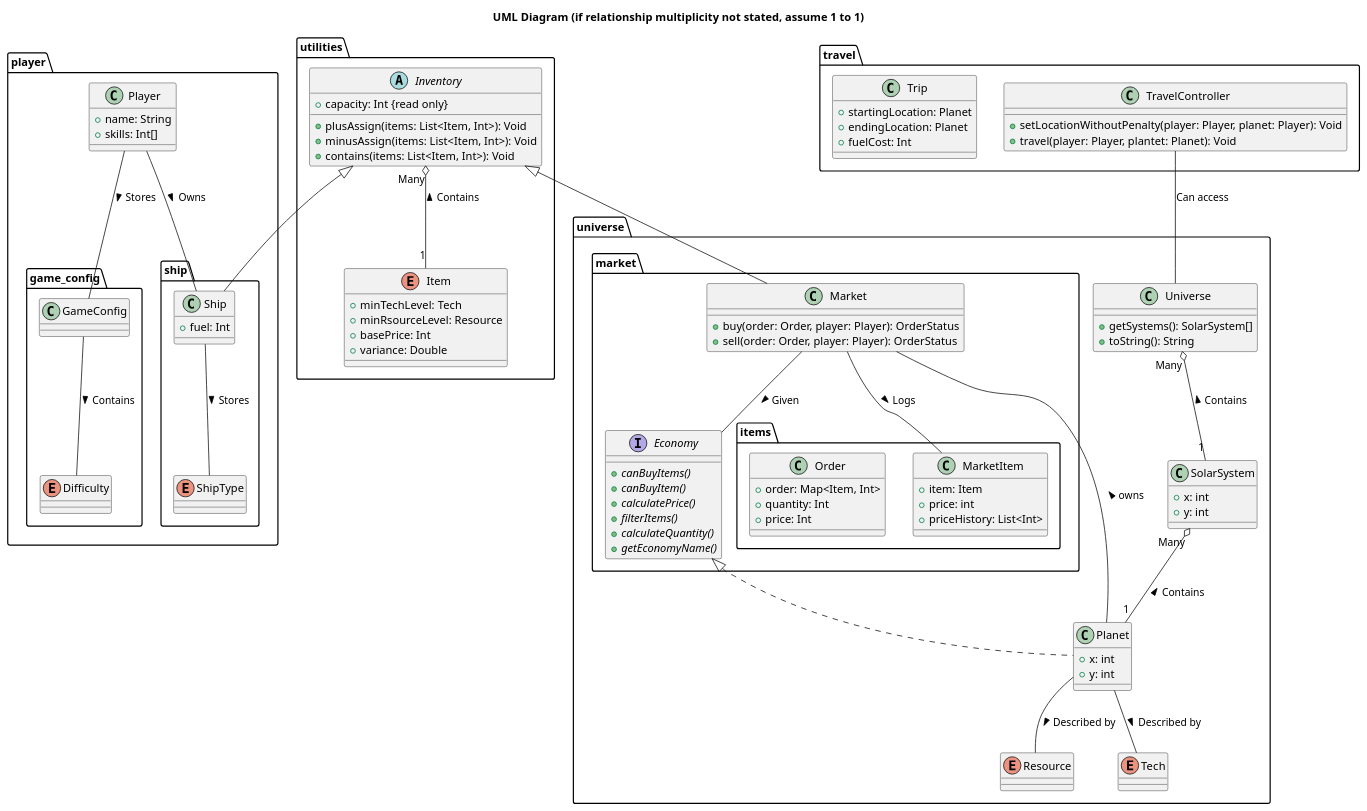
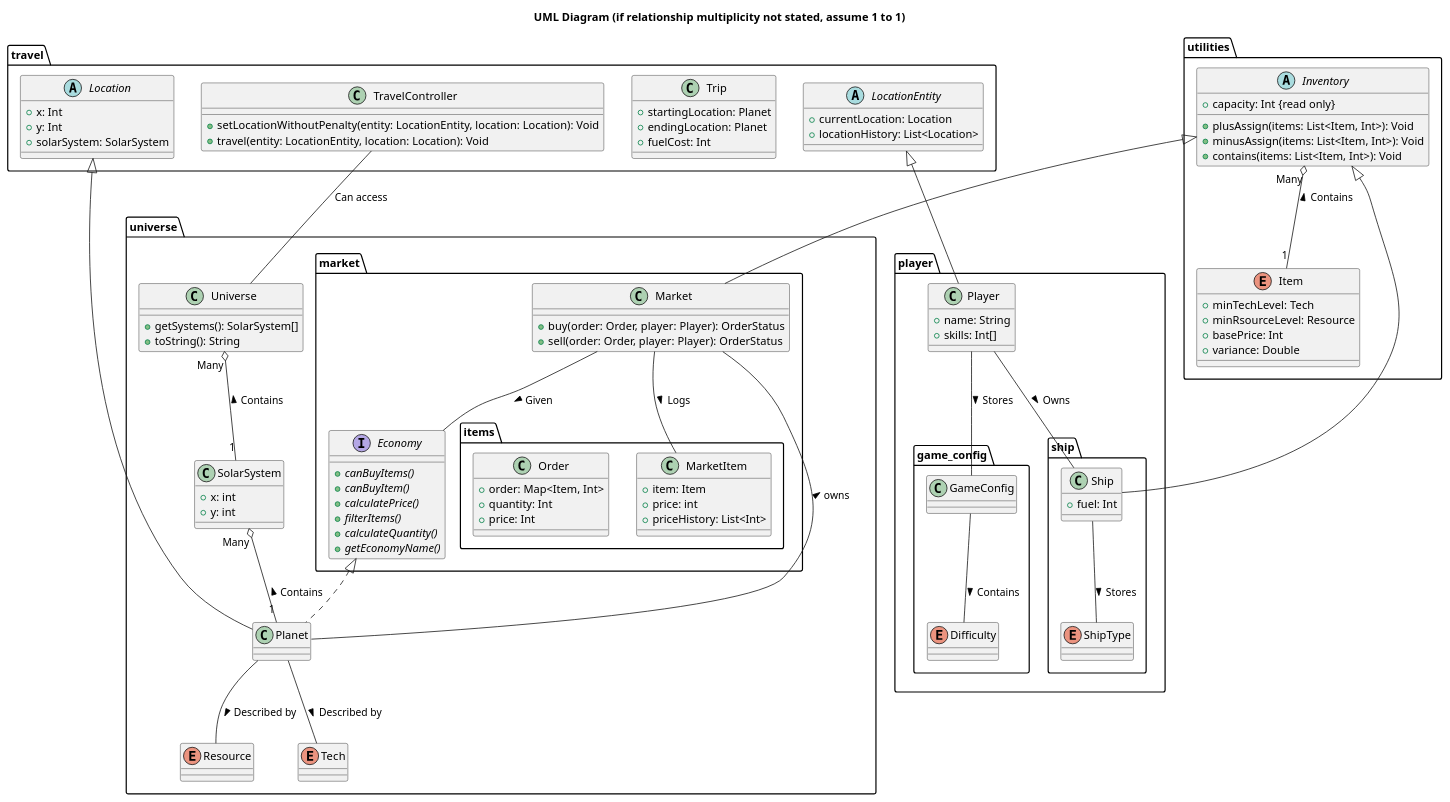
Before and after one commit to The-Hive-of-Five/Interstellar-Merchant: the diagram in app/src/main/java/com/cs2340/interstellarmerchant/model/model.plantuml, drawn with PlantUML. The commit also changed 5 other files, not shown here.

```diff
--- a/app/src/main/java/com/cs2340/interstellarmerchant/model/model.plantuml
+++ b/app/src/main/java/com/cs2340/interstellarmerchant/model/model.plantuml
@@ -1,149 +1,161 @@
 @startuml
 
 title UML Diagram (if relationship multiplicity not stated, assume 1 to 1)
 
 package player {
     package game_config {
         class GameConfig {
 
         }
 
         enum Difficulty {
         }
         GameConfig -- Difficulty : > Contains
 
     }
 
     class Player {
         +name: String
         +skills: Int[]
     }
 
 
     package ship {
         class Ship {
             +fuel: Int
         }
         enum ShipType {
         }
         Ship -- ShipType : > Stores
 
     }
 
      Player -- GameConfig : > Stores
 
      Player -- Ship : > Owns
 
 }
 package utilities {
     abstract class Inventory {
         +capacity: Int {read only}
         +plusAssign(items: List<Item, Int>): Void
         +minusAssign(items: List<Item, Int>): Void
         +contains(items: List<Item, Int>): Void
     }
     enum Item {
         +minTechLevel: Tech
         +minRsourceLevel: Resource
         +basePrice: Int
         +variance: Double
     }
     Inventory "Many" o-- "1" Item : Contains <
 
 }
 package universe {
       class Universe {
           + getSystems(): SolarSystem[]
           + toString(): String
      }
 
      class SolarSystem {
         +x: int
         +y: int
 
      }
      class Planet {
-        +x: int
-        +y: int
      }
 
 
      enum Resource {
 
      }
 
      enum Tech {
 
      }
 
       Planet -- Resource : > Described by
       Planet -- Tech : > Described by
 
 
 
      package market {
         interface Economy {
             {abstract} + canBuyItems()
             {abstract} + canBuyItem()
             {abstract} + calculatePrice()
             {abstract} + filterItems()
             {abstract} + calculateQuantity()
             {abstract} + getEconomyName()
         }
 
         class Market {
             + buy(order: Order, player: Player): OrderStatus
             + sell(order: Order, player: Player): OrderStatus
         }
 
         package items {
             class MarketItem {
                 + item: Item
                 + price: int
                 + priceHistory: List<Int>
             }
 
             class Order {
                 +order: Map<Item, Int>
                 +quantity: Int
                 +price: Int
             }
 
         }
      }
 
 
     Universe "Many" o-- "1" SolarSystem : Contains <
     SolarSystem "Many" o-- "1" Planet : Contains <
     Planet -- Market : > owns
     Economy <|.. Planet
 
 
     Market -- Economy : > Given
     Market -- MarketItem : > Logs
 }
 
 package travel {
       class TravelController {
-          + setLocationWithoutPenalty(player: Player, planet: Player): Void
-          + travel(player: Player, plantet: Planet): Void
+          + setLocationWithoutPenalty(entity: LocationEntity, location: Location): Void
+          + travel(entity: LocationEntity, location: Location): Void
       }
 
       class Trip {
         + startingLocation: Planet
         + endingLocation: Planet
         + fuelCost: Int
       }
       TravelController -- Universe : Can access
+
+      abstract class Location {
+        + x: Int
+        + y: Int
+        + solarSystem: SolarSystem
+      }
+
+      abstract class LocationEntity {
+        + currentLocation: Location
+        + locationHistory: List<Location>
+      }
+      LocationEntity <|-- Player
+      Location <|-- Planet
+
 }
 
 Inventory <|-- Ship
 Inventory <|-- Market
 
 
 
 
 
 
 
 @enduml
```
